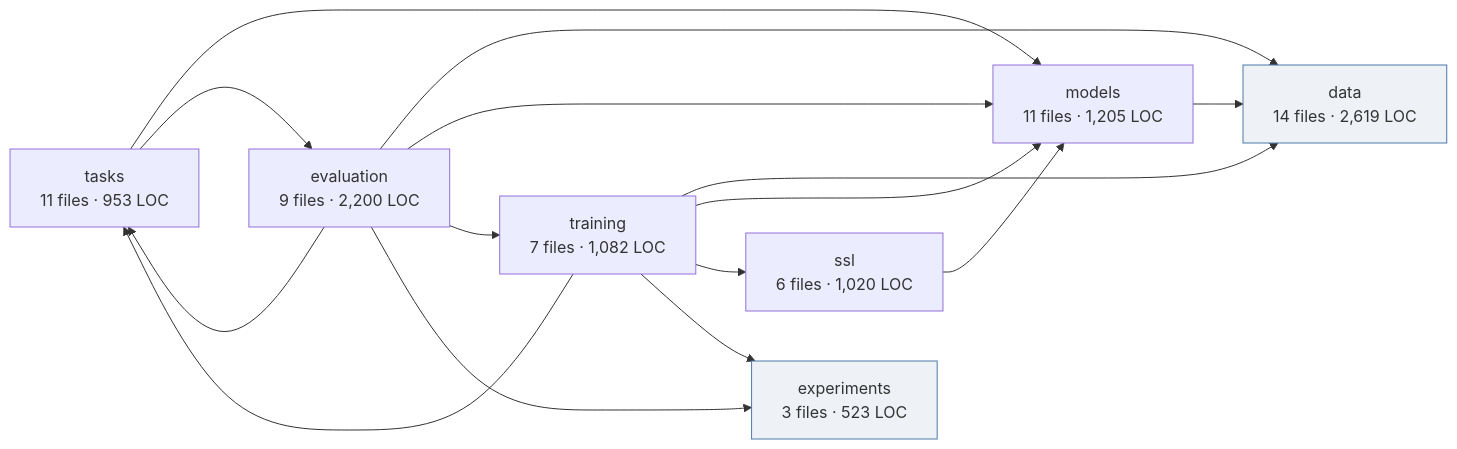
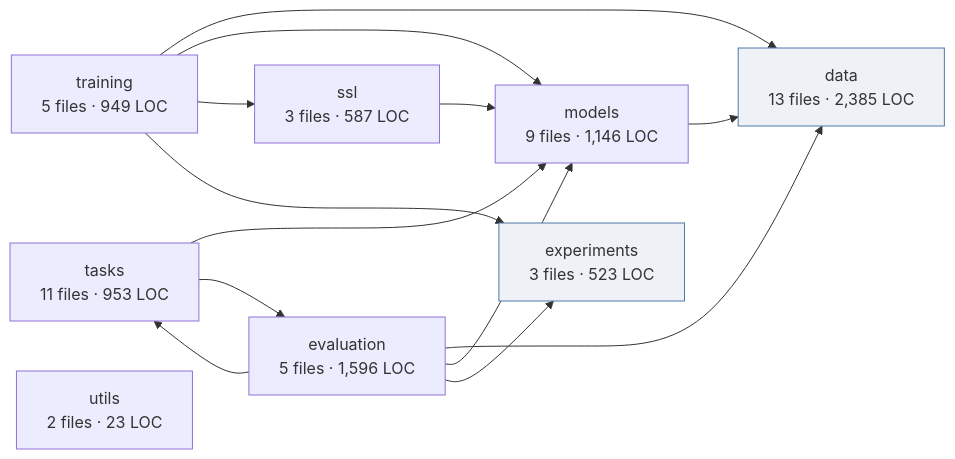
One commit to tuhh-ncps/process-foundation-model changed the fourth of 4 diagrams in ARCHITECTURE.md. Above: the diagram before and after it, drawn with Mermaid. The commit also changed other lines of this file and 32 other files, not shown here.

````diff
--- a/ARCHITECTURE.md
+++ b/ARCHITECTURE.md
@@ -142,28 +142,27 @@
 ```mermaid
 flowchart LR
-    data["data<br/>14 files · 2,619 LOC"]
-    models["models<br/>11 files · 1,205 LOC"]
-    ssl["ssl<br/>6 files · 1,020 LOC"]
+    data["data<br/>13 files · 2,385 LOC"]
+    models["models<br/>9 files · 1,146 LOC"]
+    ssl["ssl<br/>3 files · 587 LOC"]
     tasks["tasks<br/>11 files · 953 LOC"]
-    training["training<br/>7 files · 1,082 LOC"]
-    evaluation["evaluation<br/>9 files · 2,200 LOC"]
+    training["training<br/>5 files · 949 LOC"]
+    evaluation["evaluation<br/>5 files · 1,596 LOC"]
     experiments["experiments<br/>3 files · 523 LOC"]
+    utils["utils<br/>2 files · 23 LOC"]
 
     models --> data
     ssl --> models
     tasks --> models
     tasks --> evaluation
     training --> data
     training --> models
     training --> ssl
-    training --> tasks
     training --> experiments
     evaluation --> data
     evaluation --> models
     evaluation --> tasks
-    evaluation --> training
     evaluation --> experiments
 
     style data fill:#eef2f7,stroke:#4c78a8
     style experiments fill:#eef2f7,stroke:#4c78a8
 ```
````
